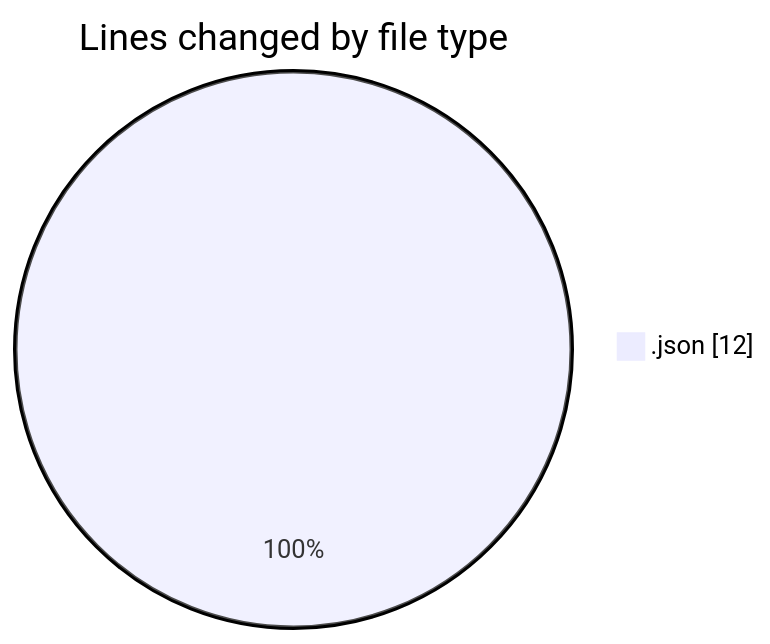
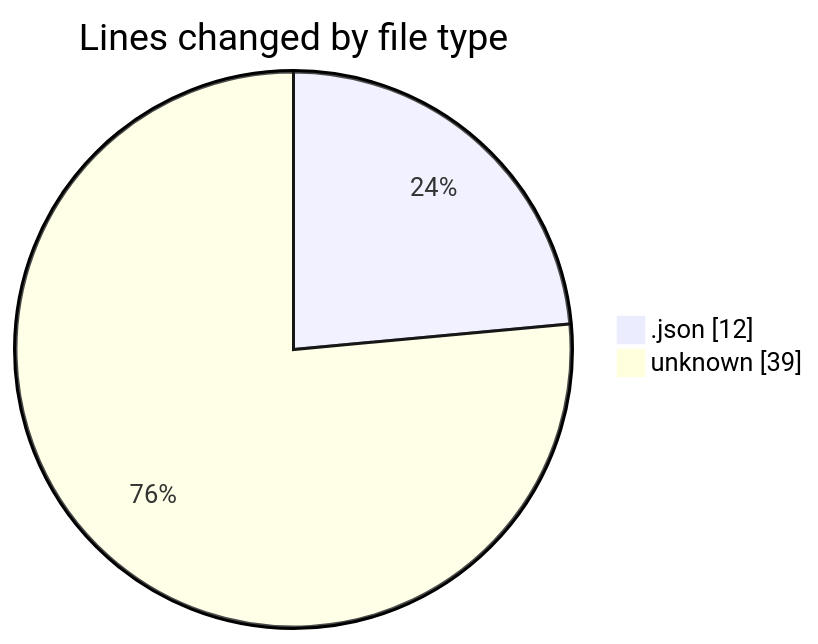
Before and after one commit to donsfak/code-tracking: the first of 2 diagrams in 2026-10-12/backend/README.md, drawn with Mermaid. The commit also changed other lines of this file and 1 other file, not shown here.

````diff
--- a/2026-10-12/backend/README.md
+++ b/2026-10-12/backend/README.md
@@ -20,5 +21,6 @@
 ```mermaid
 pie showData
 title Lines changed by file type
 ".json" : 12
+"unknown" : 39
 ```
````
